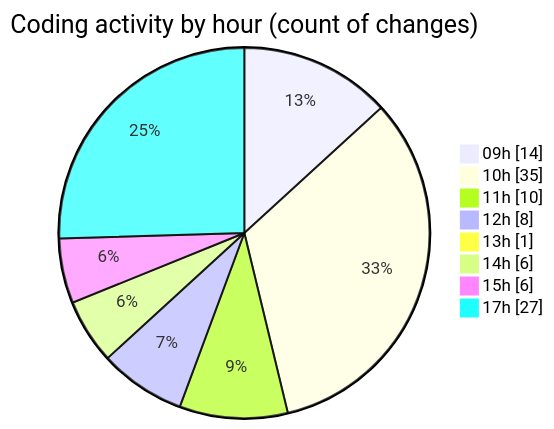
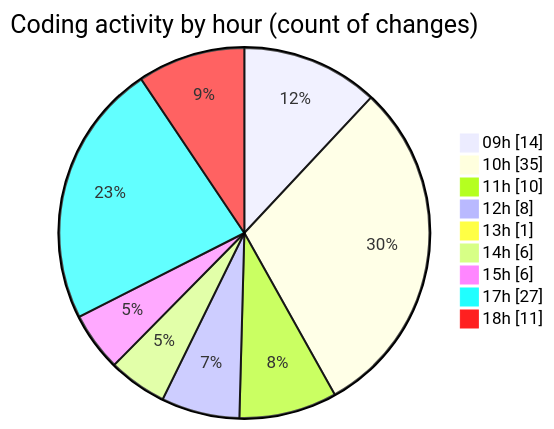
The second of 2 diagrams in 2025-11-10/cda/README.md (momahboobian/code-tracking), drawn with Mermaid before and after one commit. The commit also changed other lines of this file and 1 other file, not shown here.

````diff
--- a/2025-11-10/cda/README.md
+++ b/2025-11-10/cda/README.md
@@ -60,12 +60,13 @@
 ```mermaid
 pie showData
 title Coding activity by hour (count of changes)
 "09h" : 14
 "10h" : 35
 "11h" : 10
 "12h" : 8
 "13h" : 1
 "14h" : 6
 "15h" : 6
 "17h" : 27
+"18h" : 11
 ```
````
